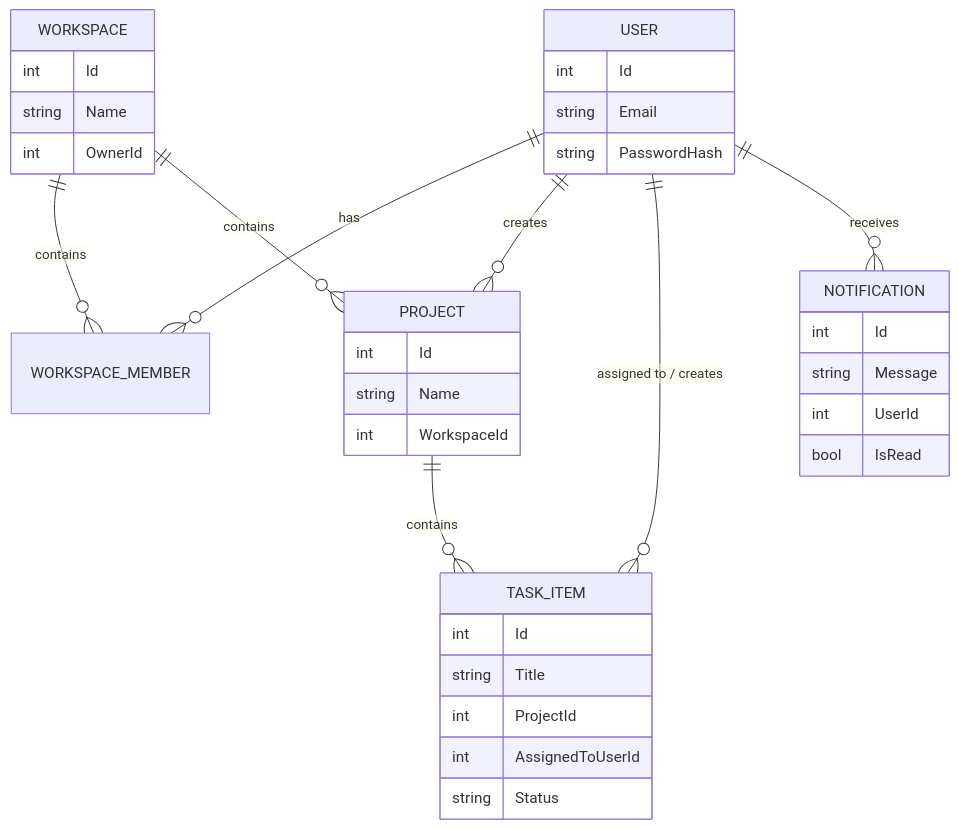
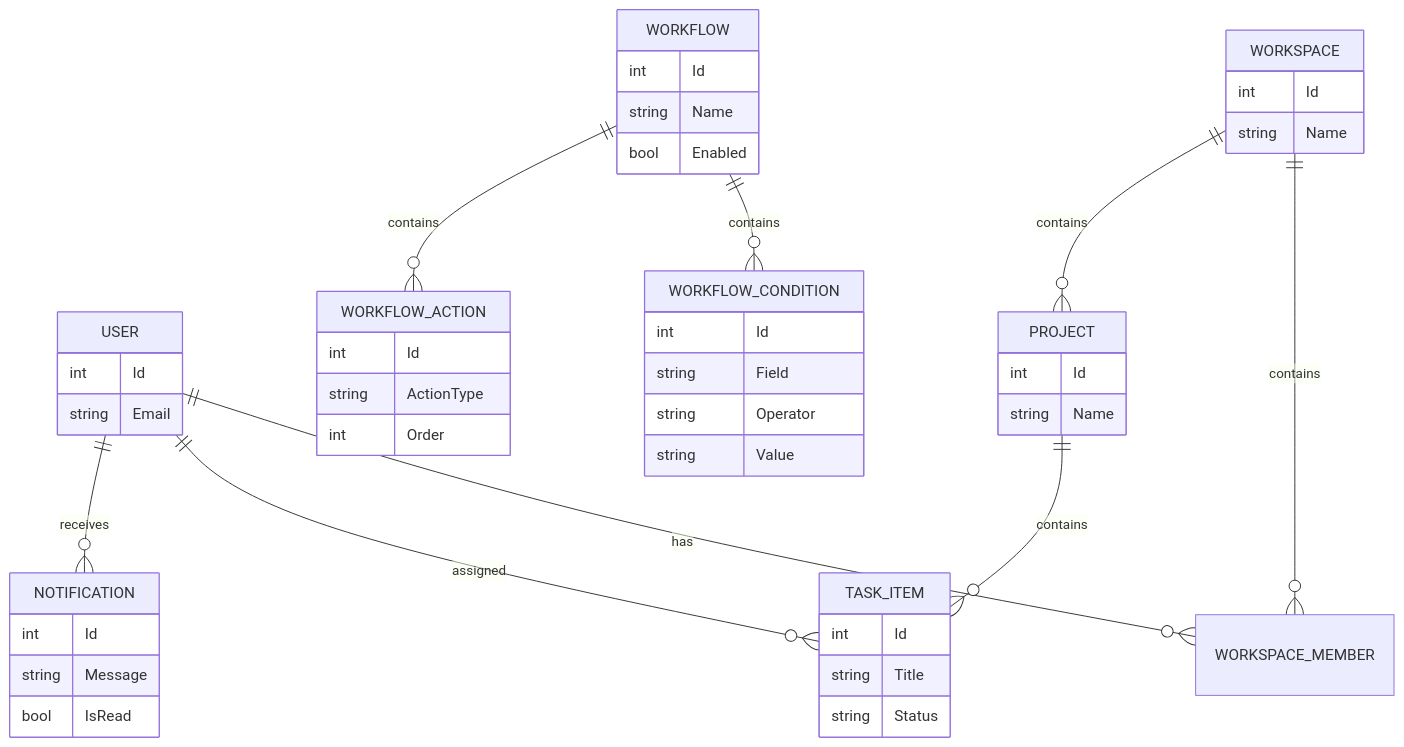
Before and after one commit to MuhammadBilal64/DevFlow: the third of 4 diagrams in README.md, drawn with Mermaid. The commit also changed other lines of this file, not shown here.

````diff
--- a/README.md
+++ b/README.md
@@ -127,39 +255,58 @@
 ```mermaid
 erDiagram
-    USER ||--o{ WORKSPACE_MEMBER : "has"
-    WORKSPACE ||--o{ WORKSPACE_MEMBER : "contains"
-    USER ||--o{ PROJECT : "creates"
-    WORKSPACE ||--o{ PROJECT : "contains"
-    PROJECT ||--o{ TASK_ITEM : "contains"
-    USER ||--o{ TASK_ITEM : "assigned to / creates"
-    USER ||--o{ NOTIFICATION : "receives"
 
-    USER {
-        int Id
-        string Email
-        string PasswordHash
-    }
-    WORKSPACE {
-        int Id
-        string Name
-        int OwnerId
-    }
-    PROJECT {
-        int Id
-        string Name
-        int WorkspaceId
-    }
-    TASK_ITEM {
-        int Id
-        string Title
-        int ProjectId
-        int AssignedToUserId
-        string Status
-    }
-    NOTIFICATION {
-        int Id
-        string Message
-        int UserId
-        bool IsRead
-    }
+USER ||--o{ WORKSPACE_MEMBER : has
+WORKSPACE ||--o{ WORKSPACE_MEMBER : contains
+WORKSPACE ||--o{ PROJECT : contains
+PROJECT ||--o{ TASK_ITEM : contains
+USER ||--o{ TASK_ITEM : assigned
+USER ||--o{ NOTIFICATION : receives
+WORKFLOW ||--o{ WORKFLOW_CONDITION : contains
+WORKFLOW ||--o{ WORKFLOW_ACTION : contains
+
+USER {
+    int Id
+    string Email
+}
+
+WORKSPACE {
+    int Id
+    string Name
+}
+
+PROJECT {
+    int Id
+    string Name
+}
+
+TASK_ITEM {
+    int Id
+    string Title
+    string Status
+}
+
+NOTIFICATION {
+    int Id
+    string Message
+    bool IsRead
+}
+
+WORKFLOW {
+    int Id
+    string Name
+    bool Enabled
+}
+
+WORKFLOW_CONDITION {
+    int Id
+    string Field
+    string Operator
+    string Value
+}
+
+WORKFLOW_ACTION {
+    int Id
+    string ActionType
+    int Order
+}
 ```
````
